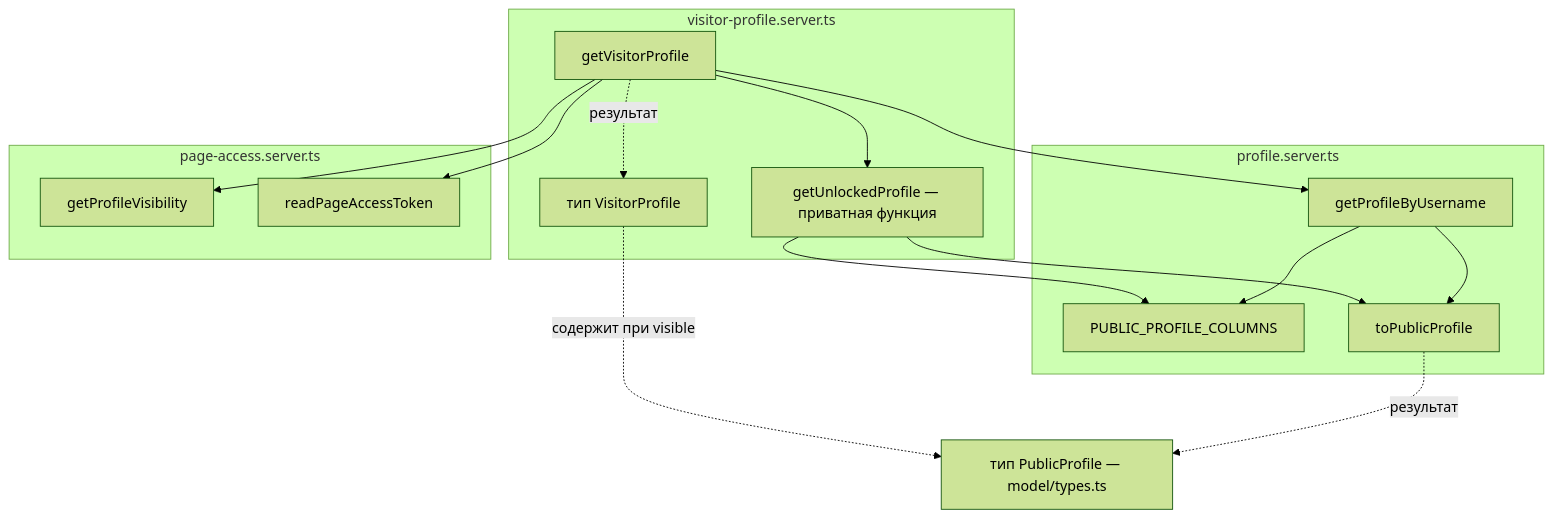
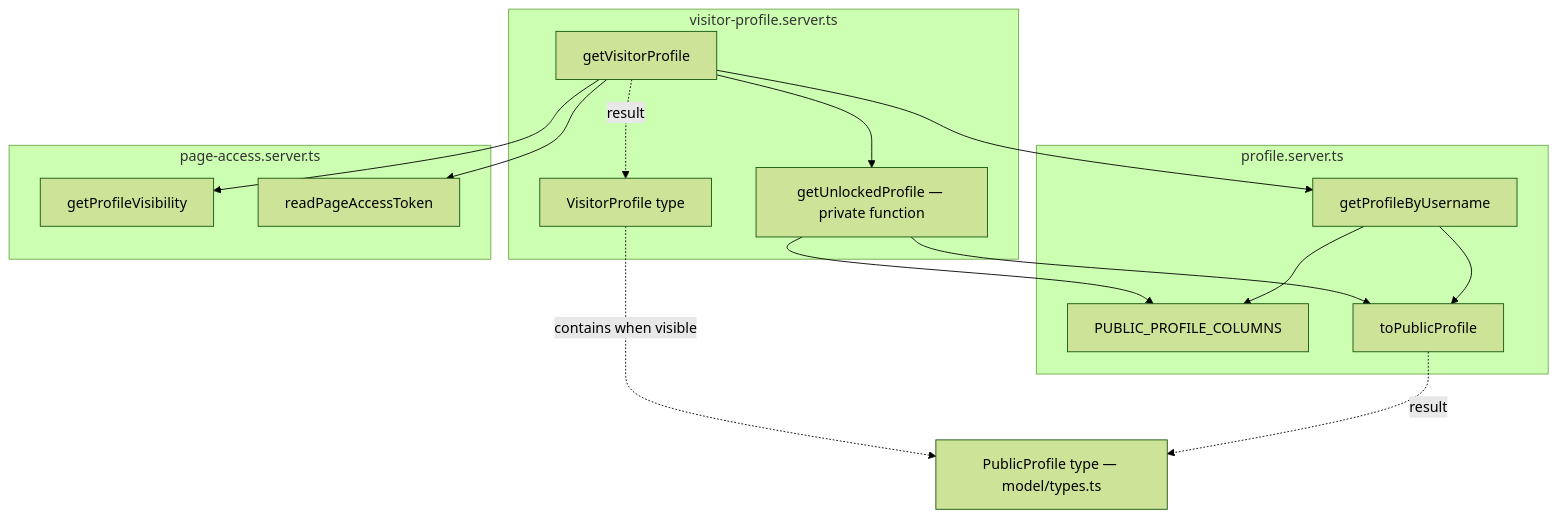
Before and after one commit to verkhoturov/freudin-website: the diagram in docs/architecture/4.code.md, drawn with Mermaid (forest theme). The commit also changed other lines of this file and 74 other files, not shown here.

````diff
--- a/docs/architecture/4.code.md
+++ b/docs/architecture/4.code.md
@@ -18,29 +19,29 @@
 ```mermaid
 flowchart TB
     subgraph VisitorModule["visitor-profile.server.ts"]
         Visitor["getVisitorProfile"]
-        Unlocked["getUnlockedProfile — приватная функция"]
-        Result["тип VisitorProfile"]
+        Unlocked["getUnlockedProfile — private function"]
+        Result["VisitorProfile type"]
         Visitor --> Unlocked
-        Visitor -.->|"результат"| Result
+        Visitor -.->|"result"| Result
     end
     subgraph ProfileModule["profile.server.ts"]
         ByName["getProfileByUsername"]
         Columns["PUBLIC_PROFILE_COLUMNS"]
         Convert["toPublicProfile"]
         ByName --> Columns
         ByName --> Convert
     end
     subgraph AccessModule["page-access.server.ts"]
         Visibility["getProfileVisibility"]
         Token["readPageAccessToken"]
     end
-    PublicType["тип PublicProfile — model/types.ts"]
+    PublicType["PublicProfile type — model/types.ts"]
     Visitor --> ByName
     Visitor --> Visibility
     Visitor --> Token
     Unlocked --> Columns
     Unlocked --> Convert
-    Convert -.->|"результат"| PublicType
-    Result -.->|"содержит при visible"| PublicType
+    Convert -.->|"result"| PublicType
+    Result -.->|"contains when visible"| PublicType
 ```
````
